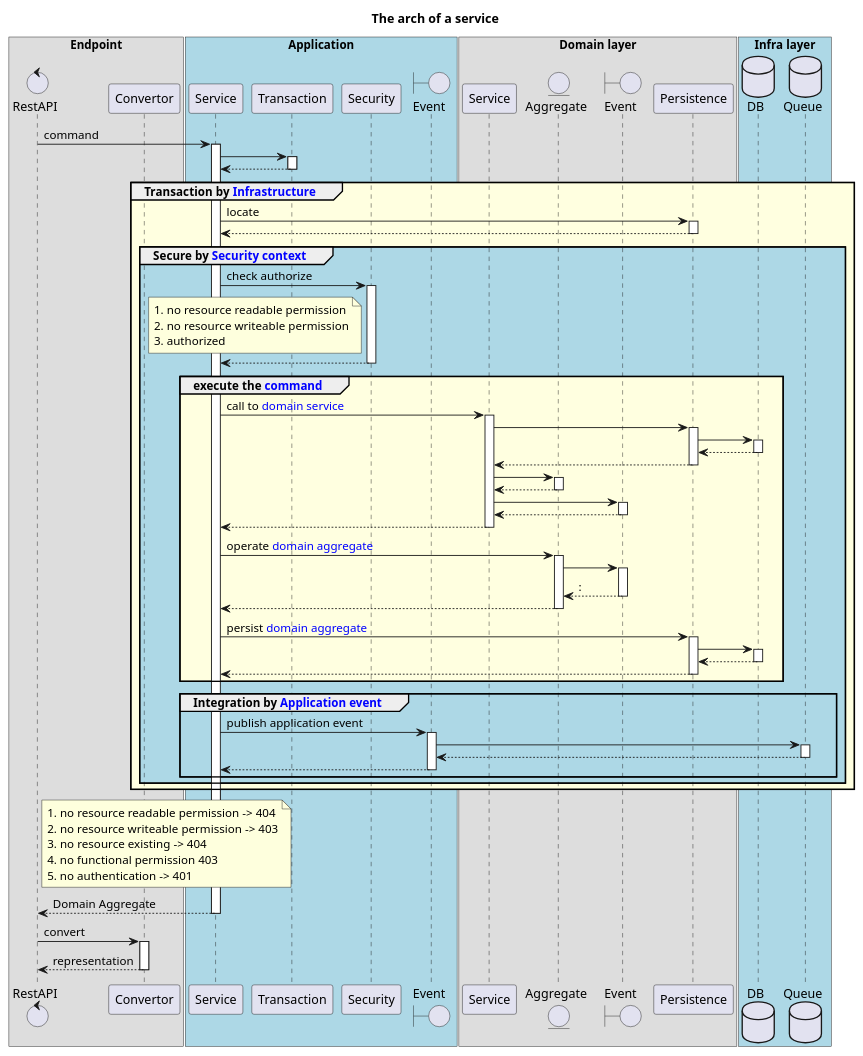
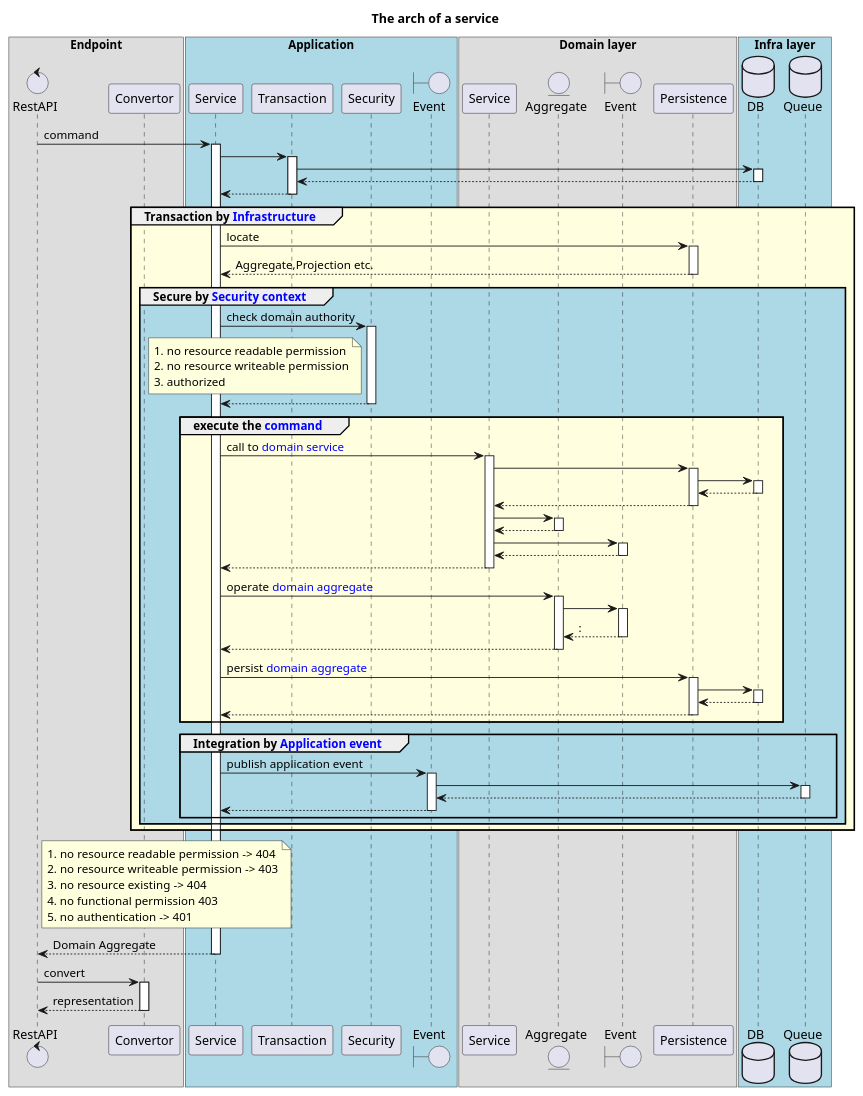
One commit to c5ms/eleven changed the diagram in src/uml/Arch-service.puml. Above: the diagram before and after it, drawn with PlantUML. The commit also changed 45 other files, not shown here.

```diff
--- a/src/uml/Arch-service.puml
+++ b/src/uml/Arch-service.puml
@@ -1,112 +1,113 @@
 @startuml
 'https://plantuml.com/sequence-diagram
 
 title The arch of a service
 
 
 '!theme plain
 autoactivate on
 'autonumber
 
 box "Endpoint"
     control       "RestAPI"                      as endpoint
     participant   "Convertor"                    as Convertor
 end box
 
 box "Application"  #LightBlue
     participant       Service                    as Service
     participant       Transaction                as Transaction
     participant       Security                   as Security
     boundary          Event                      as applicationEvent
 end box
 
 box "Domain layer"
     participant     Service                      as manager
     entity          Aggregate                    as model
     boundary        Event                        as domainEvent
     participant     Persistence                  as persist
 end box
 
 box "Infra layer"  #LightBlue
     database        DB                  as db
     database        Queue               as message
 end box
 
-
     endpoint -> Service  : command
 
         Service -> Transaction
+            Transaction -> db
+            return
         return
 
             group #LightYellow  Transaction by <color:blue>Infrastructure</color>
 
                     Service -> persist : locate
-                    return
+                    return Aggregate,Projection etc.
 
                     group #LightBlue Secure by <color:blue>Security context</color>
 
-                        Service -> Security : check authorize
+                        Service -> Security : check domain authority
                         note left Security
                               1. no resource readable permission
                               2. no resource writeable permission
                               3. authorized
                         end note
                         return
 
                         group #LightYellow execute the <color:blue>command</color>
 
 
                         Service -> manager : call to <color:blue>domain service</color>
                             manager -> persist
                                 persist -> db
                                 return
                             return
                             manager -> model
                             return
                             manager -> domainEvent:
                             return
                         return
 
 
                         Service -> model : operate <color:blue>domain aggregate</color>
                             model -> domainEvent
                             return:
                         return
 
 
 
 
 
                         Service -> persist : persist <color:blue>domain aggregate</color>
                             persist -> db
                             return
                         return
 
                         end group
 
 
                         group Integration by <color:blue>Application event</color>
                             Service -> applicationEvent : publish application event
                                 applicationEvent -> message
                                 return
                             return
 
                         end group
 
                     end group
 
             end group
 
         note right endpoint
             1. no resource readable permission -> 404
             2. no resource writeable permission -> 403
             3. no resource existing -> 404
             4. no functional permission 403
             5. no authentication -> 401
         end note
         return Domain Aggregate
 
         endpoint->Convertor : convert
         return representation
 
 @enduml
```
